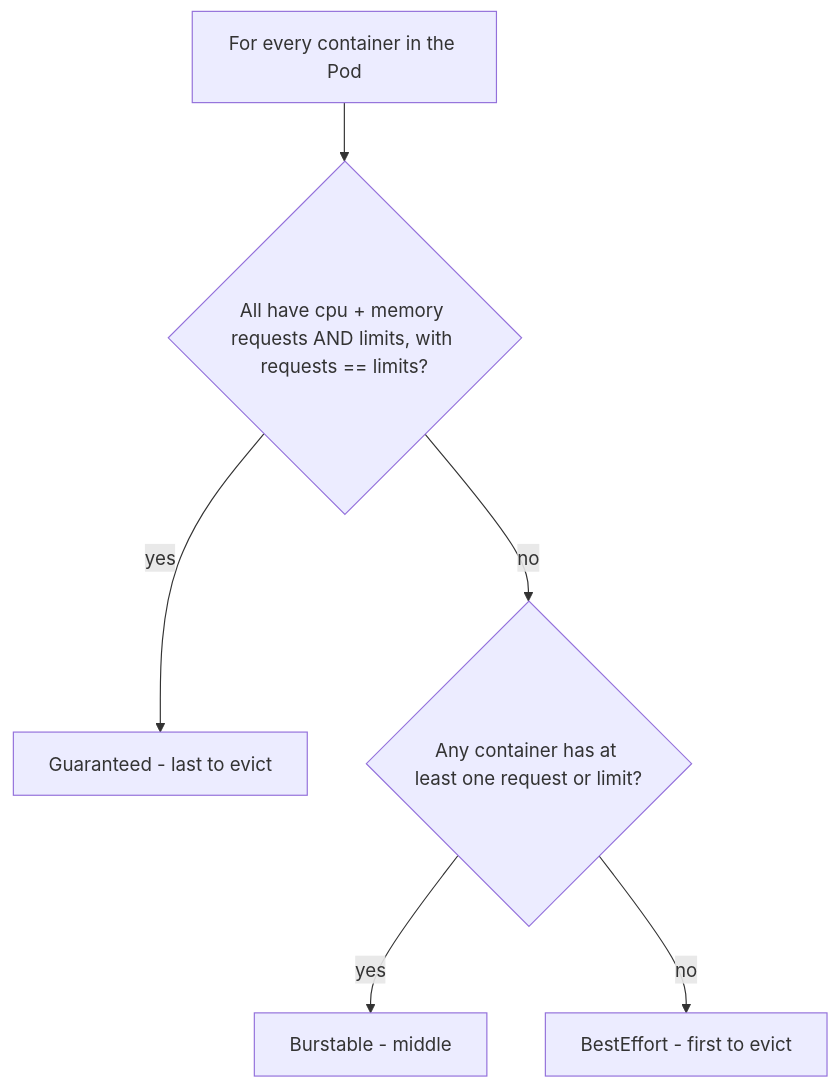
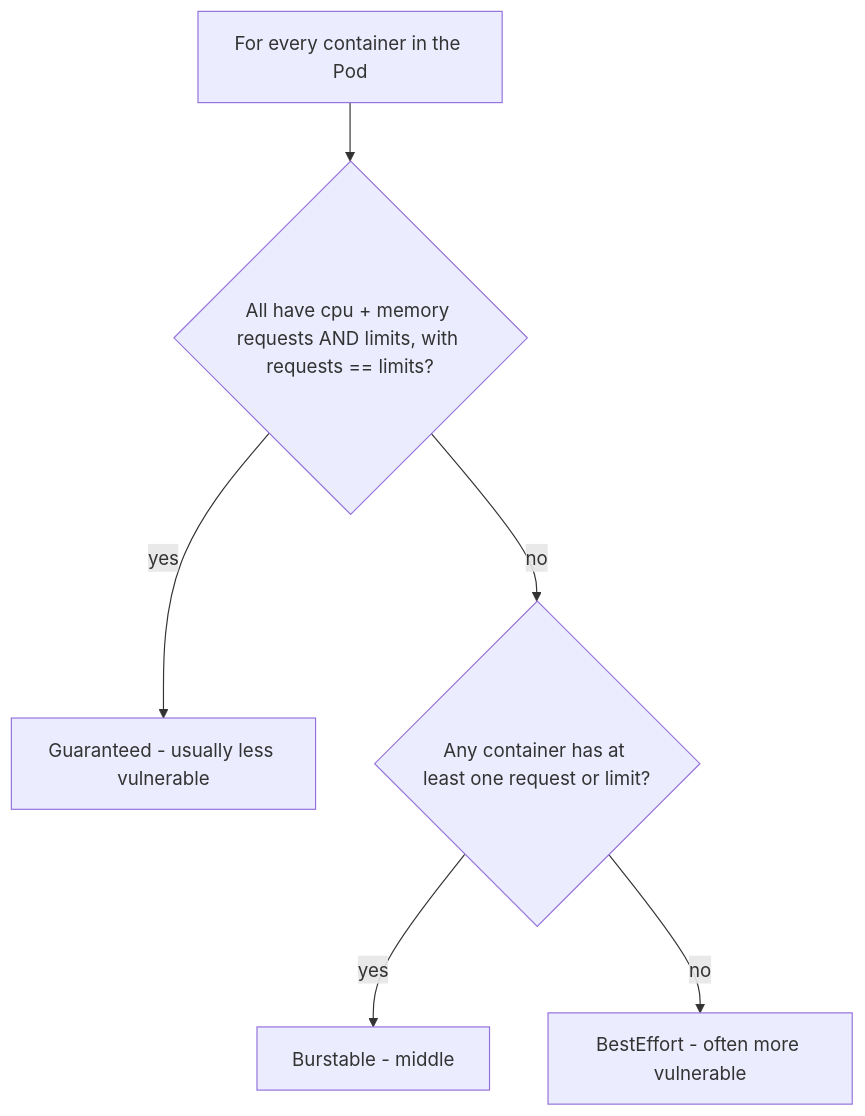
One commit to karthikreddy432/CKAD changed diagram 19 of 53 in CKAD_notes.md. Above: the diagram before and after it, drawn with Mermaid. The commit also changed other lines of this file, not shown here.

````diff
--- a/CKAD_notes.md
+++ b/CKAD_notes.md
@@ -3279,8 +3280,8 @@
 ```mermaid
 flowchart TD
     A[For every container in the Pod] --> Q1{All have cpu + memory requests AND limits, with requests == limits?}
-    Q1 -->|yes| G[Guaranteed - last to evict]
+    Q1 -->|yes| G[Guaranteed - usually less vulnerable]
     Q1 -->|no| Q2{Any container has at least one request or limit?}
     Q2 -->|yes| B[Burstable - middle]
-    Q2 -->|no| BE[BestEffort - first to evict]
+    Q2 -->|no| BE[BestEffort - often more vulnerable]
 ```
````
